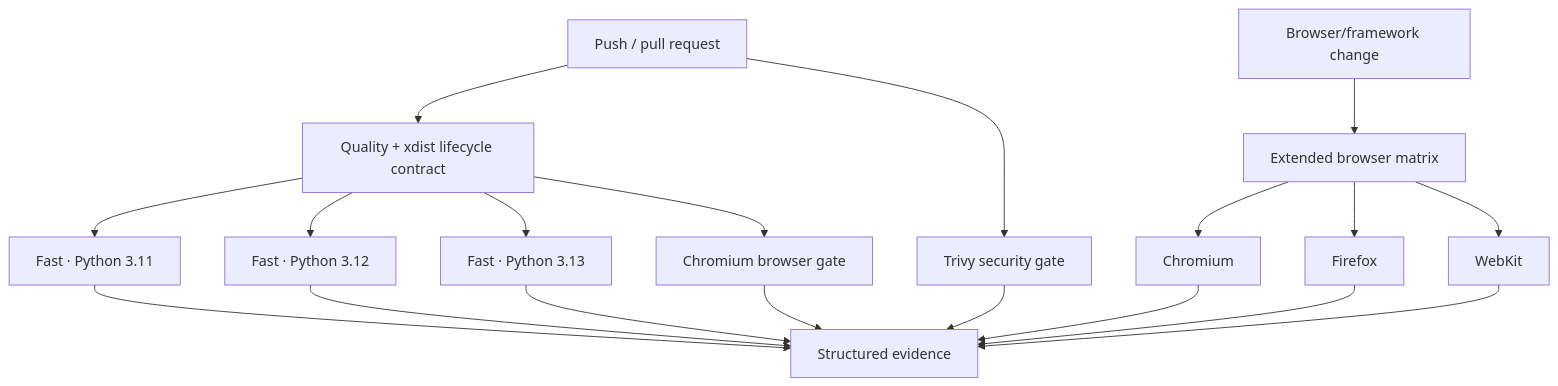
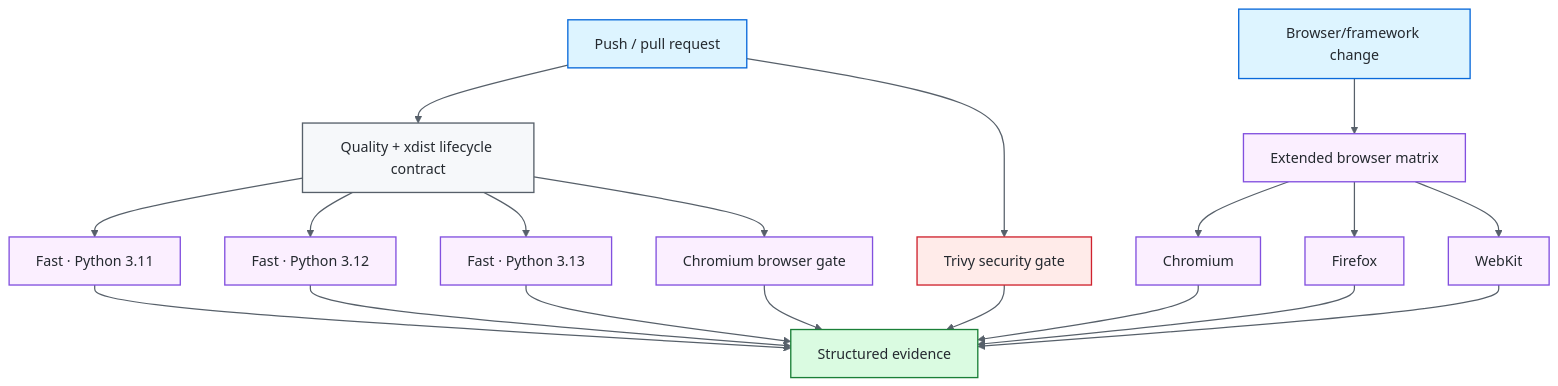
Before and after one commit to portyu9/qa-automation-python-pytest: the third of 3 diagrams in README.md, drawn with Mermaid. The commit also changed other lines of this file, not shown here.

Commit message:
Polish badges and Mermaid diagrams

````diff
--- a/README.md
+++ b/README.md
@@ -348,23 +365,35 @@
 ```mermaid
 flowchart TD
     PR[Push / pull request] --> Q[Quality + xdist lifecycle contract]
     Q --> P311[Fast · Python 3.11]
     Q --> P312[Fast · Python 3.12]
     Q --> P313[Fast · Python 3.13]
     Q --> C[Chromium browser gate]
 
     PR --> S[Trivy security gate]
     BCHANGE[Browser/framework change] --> X[Extended browser matrix]
     X --> X1[Chromium]
     X --> X2[Firefox]
     X --> X3[WebKit]
 
     P311 --> E[Structured evidence]
     P312 --> E
     P313 --> E
     C --> E
     S --> E
     X1 --> E
     X2 --> E
     X3 --> E
+
+    classDef entry fill:#ddf4ff,stroke:#0969da,color:#24292f,stroke-width:1.5px;
+    classDef core fill:#f6f8fa,stroke:#57606a,color:#24292f,stroke-width:1.5px;
+    classDef gate fill:#fbefff,stroke:#8250df,color:#24292f,stroke-width:1.5px;
+    classDef evidence fill:#dafbe1,stroke:#1a7f37,color:#24292f,stroke-width:1.5px;
+    classDef security fill:#ffebe9,stroke:#cf222e,color:#24292f,stroke-width:1.5px;
+    class PR,BCHANGE entry;
+    class Q core;
+    class P311,P312,P313,C,X,X1,X2,X3 gate;
+    class S security;
+    class E evidence;
+    linkStyle default stroke:#57606a,stroke-width:1.4px;
 ```
````
